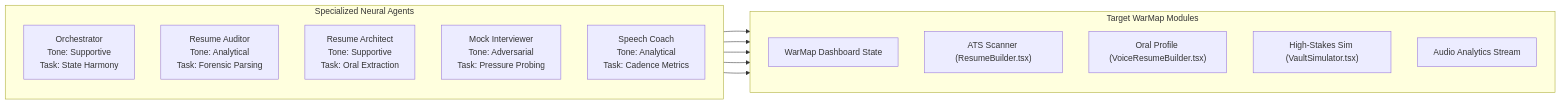
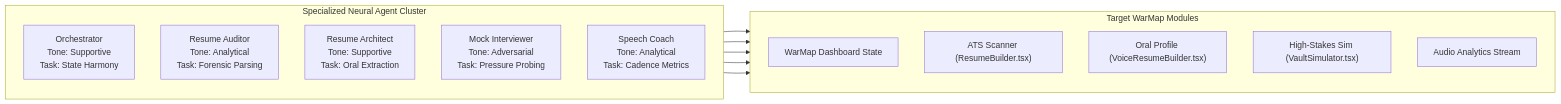
One commit to yashkoparde/Awaken.ai changed the second of 8 diagrams in README.md. Above: the diagram before and after it, drawn with Mermaid. The commit also changed other lines of this file, not shown here.

Commit message:
docs: integrate dynamic neural agent dispatch flow chart across WarMap modules

````diff
--- a/README.md
+++ b/README.md
@@ -79,26 +79,26 @@
 ```mermaid
 graph LR
-    subgraph Agent_Cluster["Specialized Neural Agents"]
+    subgraph Agent_Cluster["Specialized Neural Agent Cluster"]
         direction TB
         A1["Orchestrator<br/>Tone: Supportive<br/>Task: State Harmony"]
         A2["Resume Auditor<br/>Tone: Analytical<br/>Task: Forensic Parsing"]
         A3["Resume Architect<br/>Tone: Supportive<br/>Task: Oral Extraction"]
         A4["Mock Interviewer<br/>Tone: Adversarial<br/>Task: Pressure Probing"]
         A5["Speech Coach<br/>Tone: Analytical<br/>Task: Cadence Metrics"]
     end
 
     subgraph Module_Target["Target WarMap Modules"]
         direction TB
         T1["WarMap Dashboard State"]
         T2["ATS Scanner (ResumeBuilder.tsx)"]
         T3["Oral Profile (VoiceResumeBuilder.tsx)"]
         T4["High-Stakes Sim (VaultSimulator.tsx)"]
         T5["Audio Analytics Stream"]
     end
 
     A1 --> T1
     A2 --> T2
     A3 --> T3
     A4 --> T4
     A5 --> T5
 ```
````
